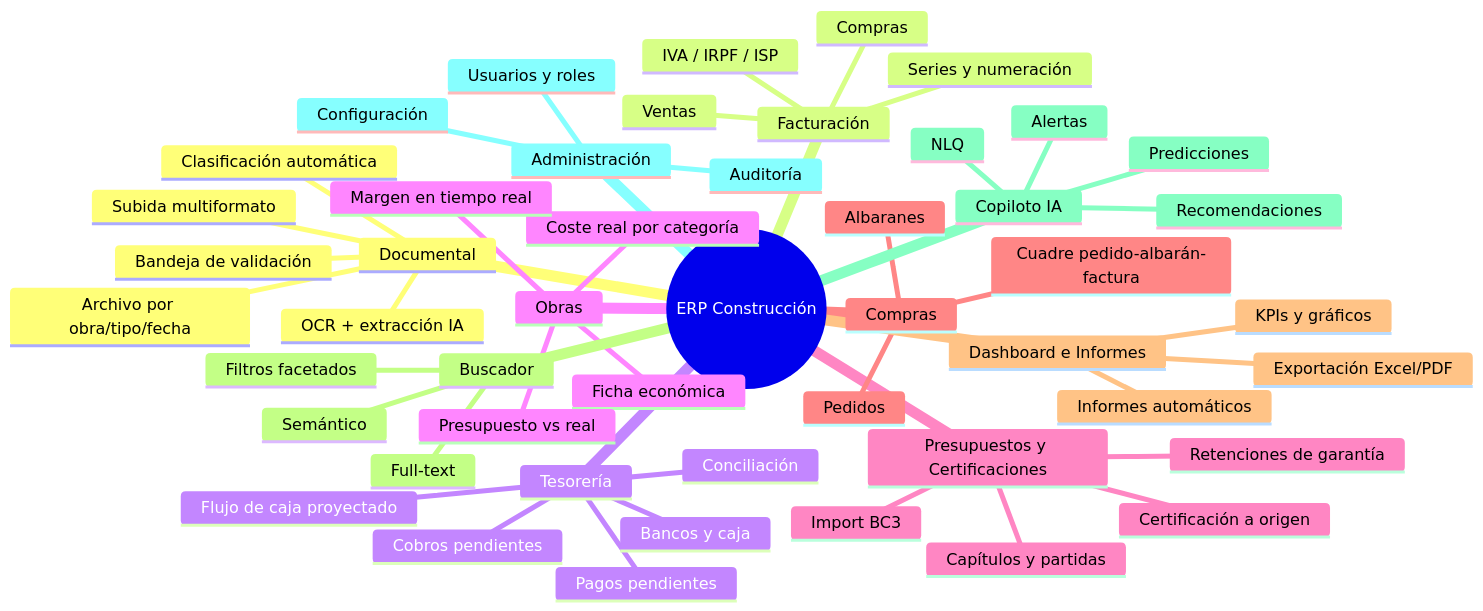
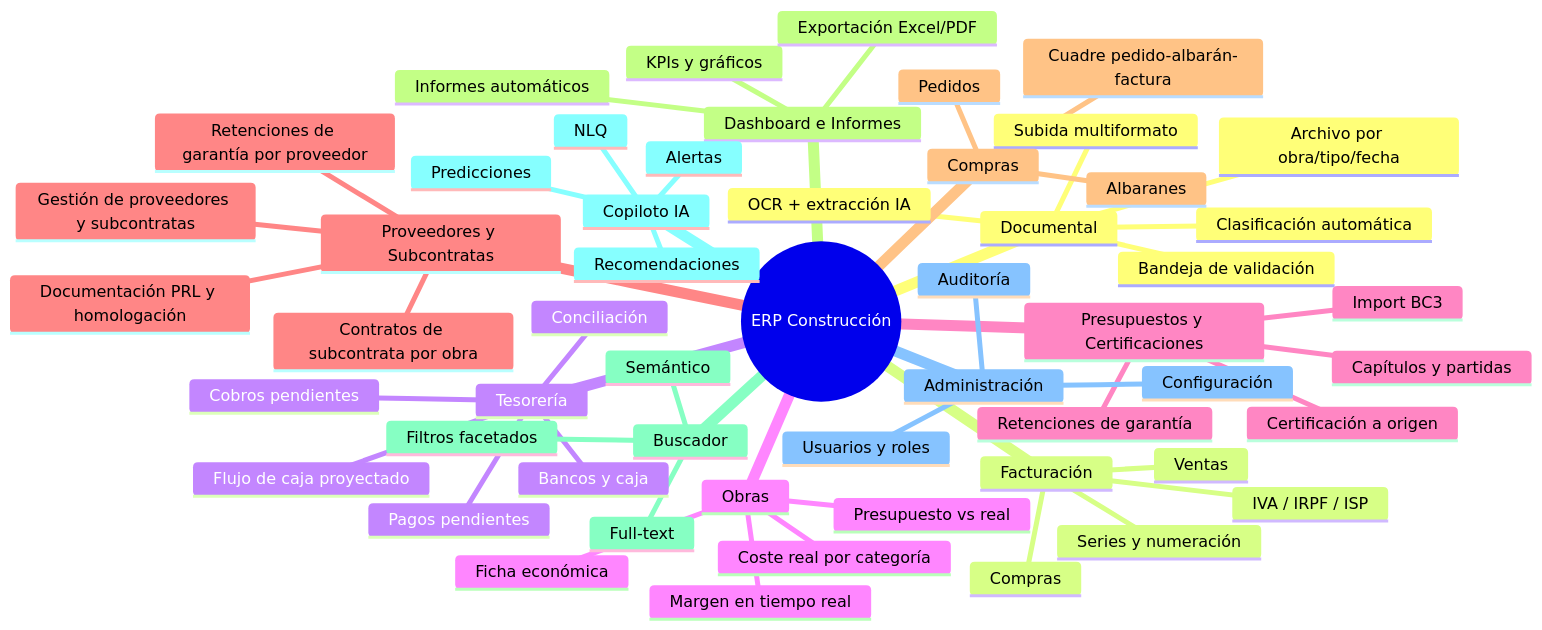
The diagram in 03-modulos.md (victormartenis-star/Sistema-de-Facturas), drawn with Mermaid before and after one commit. The commit also changed 9 other files, not shown here.

````diff
--- a/03-modulos.md
+++ b/03-modulos.md
@@ -7,52 +7,57 @@
 ```mermaid
 mindmap
   root((ERP Construcción))
     Documental
       Subida multiformato
       OCR + extracción IA
       Clasificación automática
       Bandeja de validación
       Archivo por obra/tipo/fecha
     Facturación
       Compras
       Ventas
       Series y numeración
       IVA / IRPF / ISP
     Tesorería
       Cobros pendientes
       Pagos pendientes
       Bancos y caja
       Conciliación
       Flujo de caja proyectado
     Obras
       Ficha económica
       Coste real por categoría
       Presupuesto vs real
       Margen en tiempo real
     Presupuestos y Certificaciones
       Capítulos y partidas
       Import BC3
       Certificación a origen
       Retenciones de garantía
+    Proveedores y Subcontratas
+      Gestión de proveedores y subcontratas
+      Contratos de subcontrata por obra
+      Documentación PRL y homologación
+      Retenciones de garantía por proveedor
     Compras
       Pedidos
       Albaranes
       Cuadre pedido-albarán-factura
     Dashboard e Informes
       KPIs y gráficos
       Exportación Excel/PDF
       Informes automáticos
     Buscador
       Full-text
       Semántico
       Filtros facetados
     Copiloto IA
       NLQ
       Alertas
       Predicciones
       Recomendaciones
     Administración
       Usuarios y roles
       Auditoría
       Configuración
 ```
````
